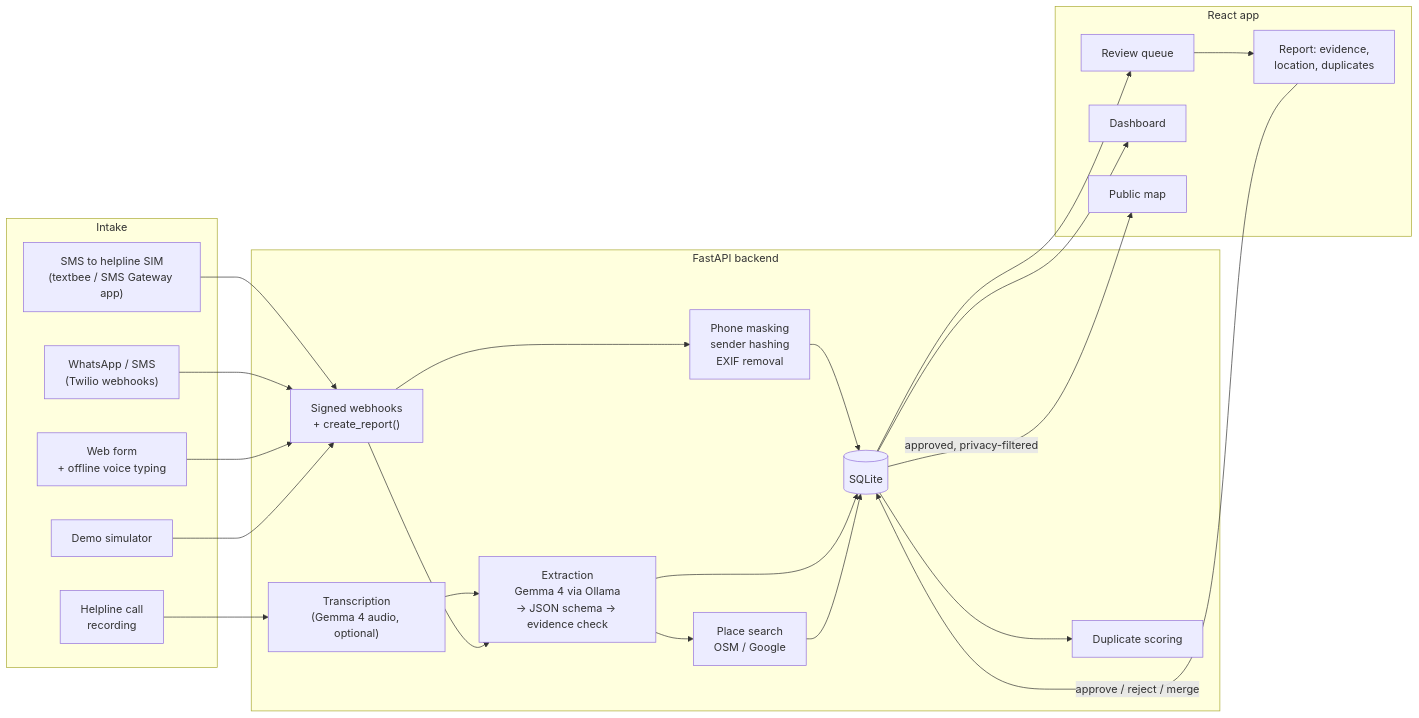
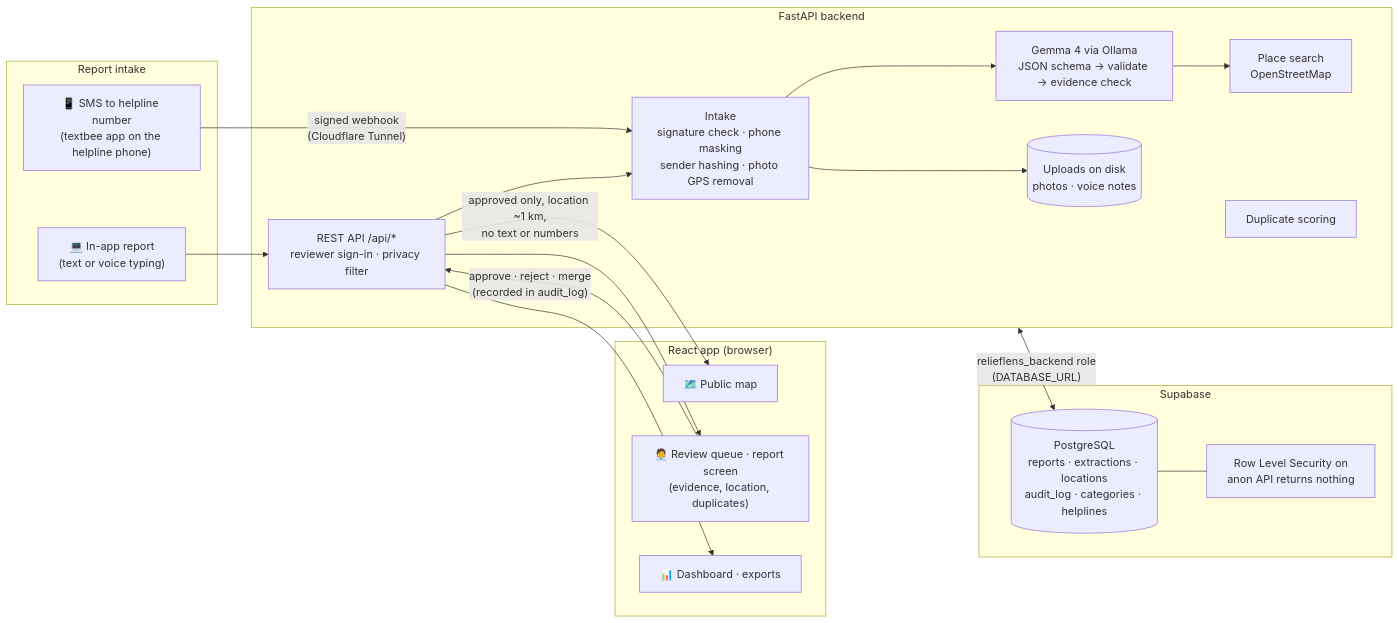
The diagram in README.md (alihaider-builds/Velnora), drawn with Mermaid before and after one commit. The commit also changed other lines of this file, not shown here.

Commit message:
docs: redraw README architecture around Supabase
- Diagram: SMS (textbee) and in-app intake -> FastAPI (intake, Gemma 4,
  place search, duplicates, REST API) -> Supabase PostgreSQL with Row Level
  Security; the React app talks only to FastAPI; uploads stay on disk.
- How it fits together, database security notes, link to SUPABASE_SETUP.md.
- Tech stack: Database row (Supabase PostgreSQL, SQLite for dev), psycopg.

````diff
--- a/README.md
+++ b/README.md
@@ -78,37 +78,38 @@
 ```mermaid
 flowchart LR
-  subgraph Intake
-    SMS["SMS to helpline SIM<br/>(textbee / SMS Gateway app)"]
-    WA["WhatsApp / SMS<br/>(Twilio webhooks)"]
-    WEB["Web form<br/>+ offline voice typing"]
-    CALL["Helpline call<br/>recording"]
-    SIM["Demo simulator"]
+  subgraph Intake["Report intake"]
+    SMS["📱 SMS to helpline number<br/>(textbee app on the helpline phone)"]
+    WEB["💻 In-app report<br/>(text or voice typing)"]
+  end
+
+  subgraph Frontend["React app (browser)"]
+    MAP["🗺️ Public map"]
+    REV["🧑‍💼 Review queue · report screen<br/>(evidence, location, duplicates)"]
+    DASH["📊 Dashboard · exports"]
   end
 
   subgraph Backend["FastAPI backend"]
-    IN["Signed webhooks<br/>+ create_report()"]
-    PRIV["Phone masking<br/>sender hashing<br/>EXIF removal"]
-    TR["Transcription<br/>(Gemma 4 audio, optional)"]
-    EX["Extraction<br/>Gemma 4 via Ollama<br/>→ JSON schema → evidence check"]
-    GEO["Place search<br/>OSM / Google"]
+    IN["Intake<br/>signature check · phone masking<br/>sender hashing · photo GPS removal"]
+    AI["Gemma 4 via Ollama<br/>JSON schema → validate → evidence check"]
+    GEO["Place search<br/>OpenStreetMap"]
     DUP["Duplicate scoring"]
-    DB[("SQLite")]
+    API["REST API /api/*<br/>reviewer sign-in · privacy filter"]
+    FILES[("Uploads on disk<br/>photos · voice notes")]
   end
 
-  subgraph Frontend["React app"]
-    Q["Review queue"]
-    RD["Report: evidence,<br/>location, duplicates"]
-    DASH["Dashboard"]
-    MAP["Public map"]
+  subgraph Supabase["Supabase"]
+    DB[("PostgreSQL<br/>reports · extractions · locations<br/>audit_log · categories · helplines")]
+    RLS["Row Level Security on<br/>anon API returns nothing"]
   end
 
-  SMS & WA & WEB & SIM --> IN
-  CALL --> TR --> EX
-  IN --> PRIV --> DB
-  IN --> EX --> DB
-  EX --> GEO --> DB
-  DB --> DUP
-  DB --> Q --> RD -->|approve / reject / merge| DB
-  DB -->|approved, privacy-filtered| MAP
-  DB --> DASH
+  SMS -- "signed webhook<br/>(Cloudflare Tunnel)" --> IN
+  WEB --> API --> IN
+  IN --> AI --> GEO
+  IN --> FILES
+  Backend <-->|"relieflens_backend role<br/>(DATABASE_URL)"| DB
+  DB --- RLS
+  API --> REV
+  API --> DASH
+  API -- "approved only, location ~1 km,<br/>no text or numbers" --> MAP
+  REV -- "approve · reject · merge<br/>(recorded in audit_log)" --> API
 ```
````
